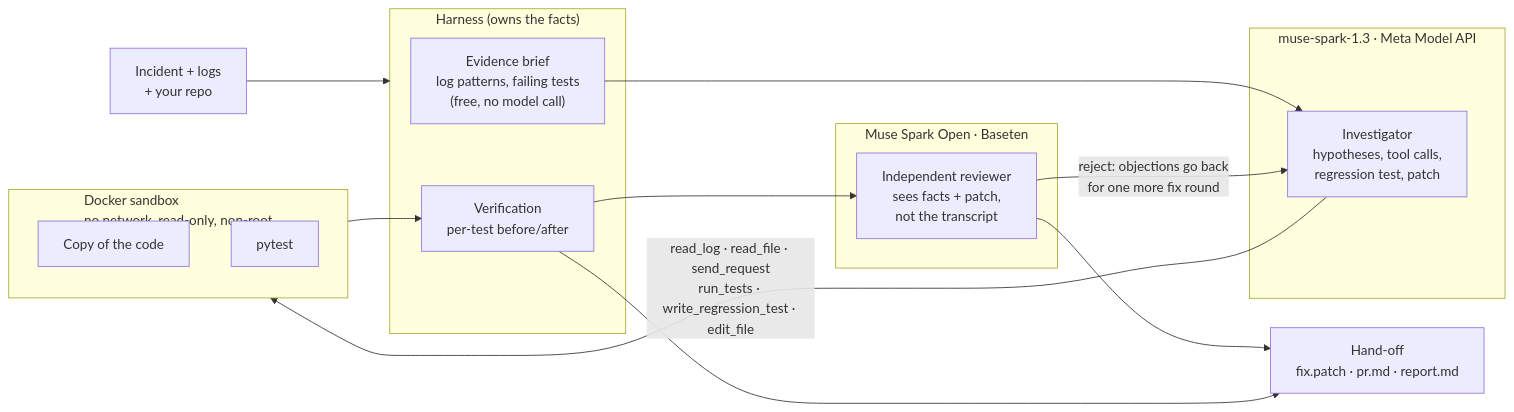
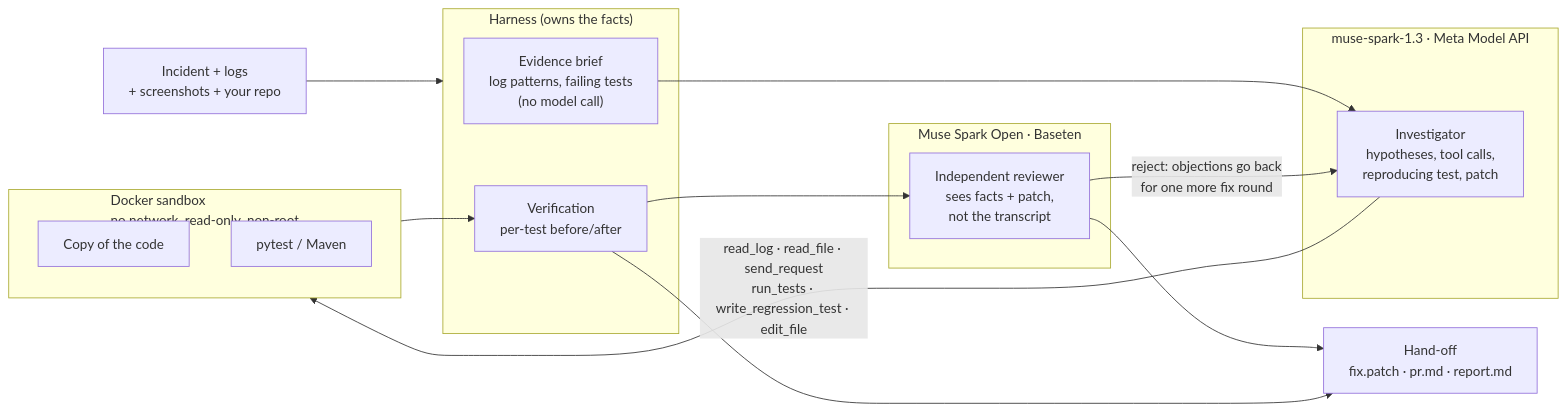
Before and after one commit to SamppurnaTH/tracepilot-ai: the first of 2 diagrams in README.md, drawn with Mermaid. The commit also changed other lines of this file, not shown here.

````diff
--- a/README.md
+++ b/README.md
@@ -61,25 +83,25 @@
 ```mermaid
 flowchart LR
-    I["Incident + logs<br/>+ your repo"] --> H
+    I["Incident + logs<br/>+ screenshots + your repo"] --> H
     subgraph H["Harness (owns the facts)"]
-        B["Evidence brief<br/>log patterns, failing tests<br/>(free, no model call)"]
+        B["Evidence brief<br/>log patterns, failing tests<br/>(no model call)"]
         V["Verification<br/>per-test before/after"]
     end
     subgraph S["Docker sandbox<br/>no network, read-only, non-root"]
         C["Copy of the code"]
-        T["pytest"]
+        T["pytest / Maven"]
     end
     subgraph M1["muse-spark-1.3 · Meta Model API"]
-        A["Investigator<br/>hypotheses, tool calls,<br/>regression test, patch"]
+        A["Investigator<br/>hypotheses, tool calls,<br/>reproducing test, patch"]
     end
     subgraph M2["Muse Spark Open · Baseten"]
         R["Independent reviewer<br/>sees facts + patch,<br/>not the transcript"]
     end
     B --> A
     A -- "read_log · read_file · send_request<br/>run_tests · write_regression_test · edit_file" --> S
     S --> V
     V --> R
     R -- "reject: objections go back<br/>for one more fix round" --> A
     R --> O["Hand-off<br/>fix.patch · pr.md · report.md"]
     V --> O
 ```
````
